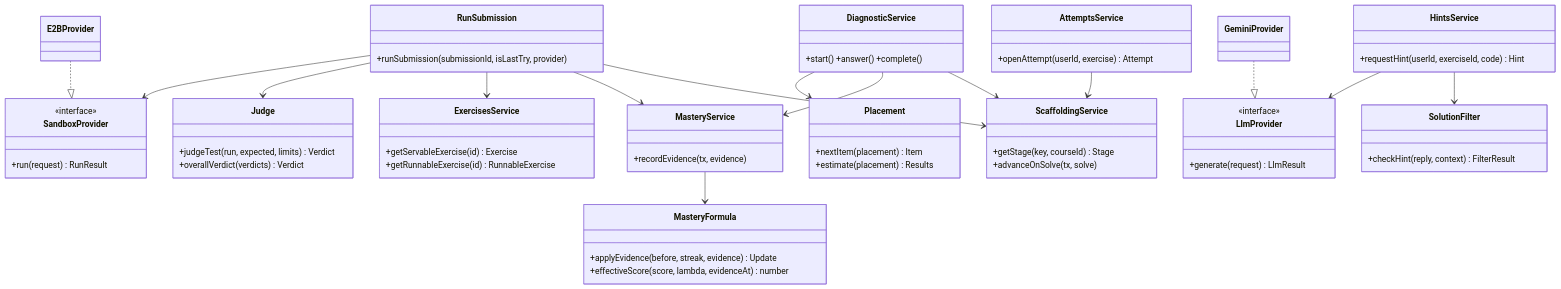
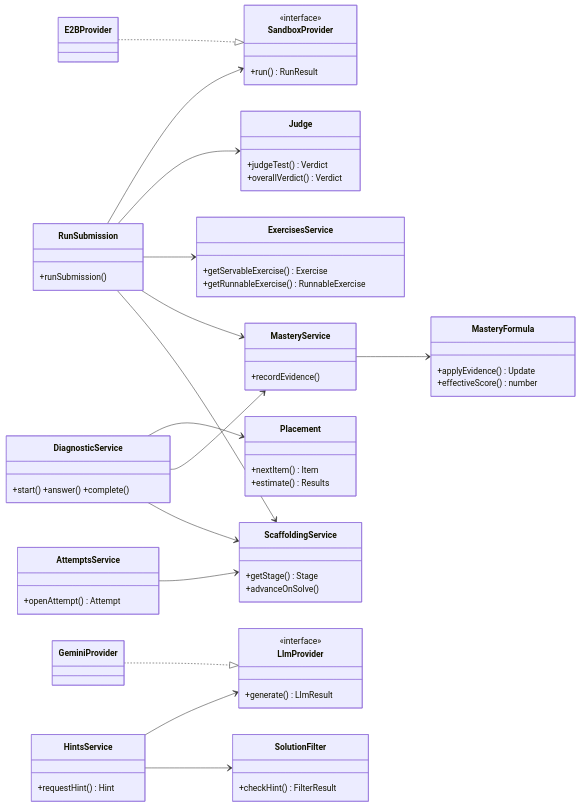
Before and after one commit to Nidanos/ai-tutor-platform: diagram 12 of 23 in DOCS/phase-3/MP3-Draft-Report.md, drawn with Mermaid. The commit also changed other lines of this file and 1 other file, not shown here.

Commit message:
docs: make every Phase 3 report diagram readable in print

````diff
--- a/DOCS/phase-3/MP3-Draft-Report.md
+++ b/DOCS/phase-3/MP3-Draft-Report.md
@@ -730,66 +786,66 @@
 ```mermaid
 classDiagram
-  direction TB
+  direction LR
   class SandboxProvider {
     <<interface>>
-    +run(request) RunResult
+    +run() RunResult
   }
   class E2BProvider
   class Judge {
-    +judgeTest(run, expected, limits) Verdict
-    +overallVerdict(verdicts) Verdict
+    +judgeTest() Verdict
+    +overallVerdict() Verdict
   }
   class RunSubmission {
-    +runSubmission(submissionId, isLastTry, provider)
+    +runSubmission()
   }
   class ExercisesService {
-    +getServableExercise(id) Exercise
-    +getRunnableExercise(id) RunnableExercise
+    +getServableExercise() Exercise
+    +getRunnableExercise() RunnableExercise
   }
   class AttemptsService {
-    +openAttempt(userId, exercise) Attempt
+    +openAttempt() Attempt
   }
   class MasteryService {
-    +recordEvidence(tx, evidence)
+    +recordEvidence()
   }
   class MasteryFormula {
-    +applyEvidence(before, streak, evidence) Update
-    +effectiveScore(score, lambda, evidenceAt) number
+    +applyEvidence() Update
+    +effectiveScore() number
   }
   class ScaffoldingService {
-    +getStage(key, courseId) Stage
-    +advanceOnSolve(tx, solve)
+    +getStage() Stage
+    +advanceOnSolve()
   }
   class LlmProvider {
     <<interface>>
-    +generate(request) LlmResult
+    +generate() LlmResult
   }
   class GeminiProvider
   class HintsService {
-    +requestHint(userId, exerciseId, code) Hint
+    +requestHint() Hint
   }
   class SolutionFilter {
-    +checkHint(reply, context) FilterResult
+    +checkHint() FilterResult
   }
   class DiagnosticService {
     +start() +answer() +complete()
   }
   class Placement {
-    +nextItem(placement) Item
-    +estimate(placement) Results
+    +nextItem() Item
+    +estimate() Results
   }
   E2BProvider ..|> SandboxProvider
   GeminiProvider ..|> LlmProvider
   HintsService --> LlmProvider
   HintsService --> SolutionFilter
   DiagnosticService --> Placement
   DiagnosticService --> MasteryService
   DiagnosticService --> ScaffoldingService
   RunSubmission --> SandboxProvider
   RunSubmission --> Judge
   RunSubmission --> ExercisesService
   RunSubmission --> MasteryService
   RunSubmission --> ScaffoldingService
   MasteryService --> MasteryFormula
   AttemptsService --> ScaffoldingService
 ```
````
